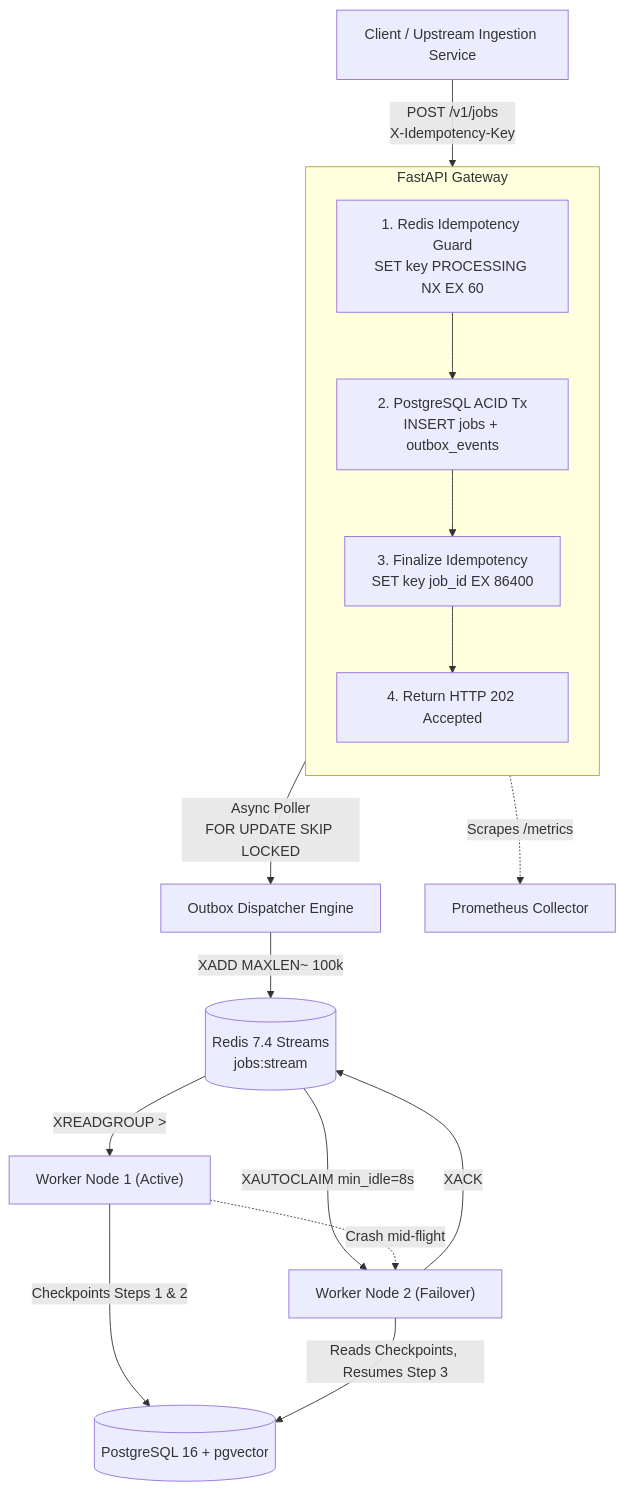
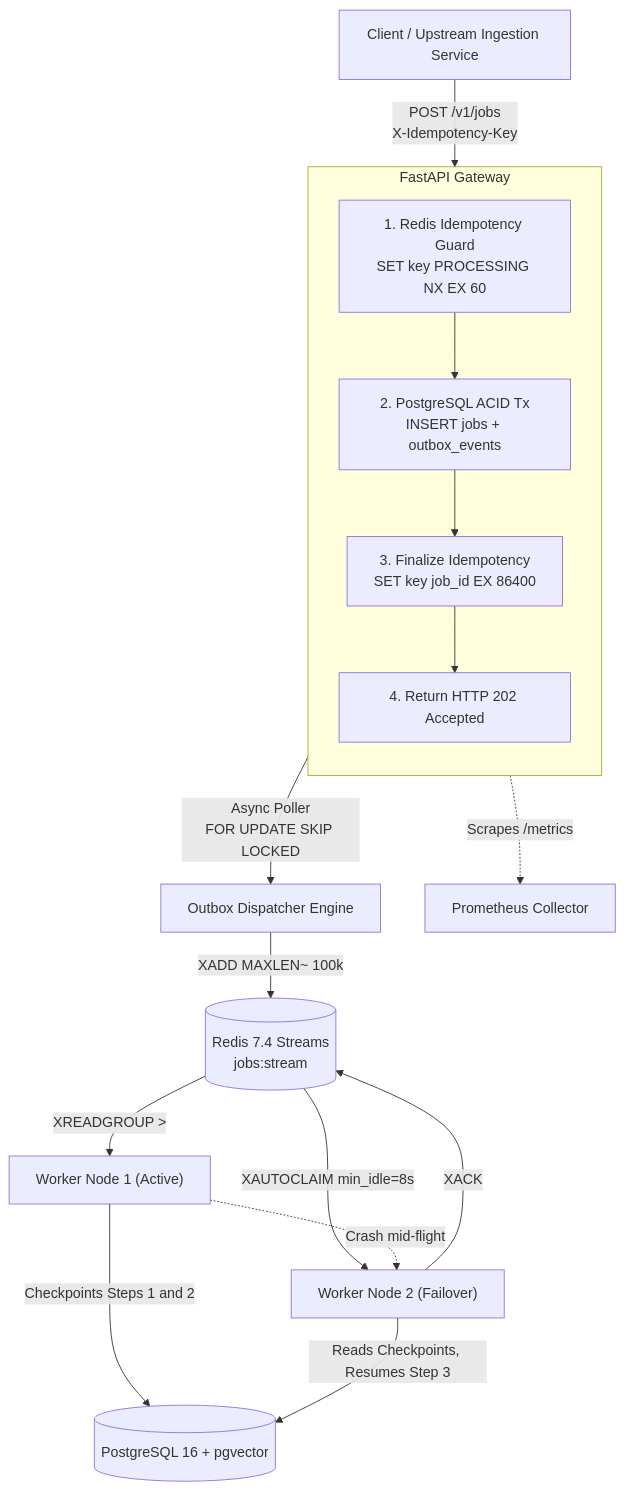
Before and after one commit to Vipash/genai-execution-engine: the first of 2 diagrams in README.md, drawn with Mermaid. The commit also changed other lines of this file, not shown here.

````diff
--- a/README.md
+++ b/README.md
@@ -48,23 +46,23 @@
 ```mermaid
 flowchart TD
     Client["Client / Upstream Ingestion Service"] -->|POST /v1/jobs<br/>X-Idempotency-Key| Gateway
 
     subgraph Gateway["FastAPI Gateway"]
         direction TB
         G1["1. Redis Idempotency Guard<br/>SET key PROCESSING NX EX 60"] --> G2["2. PostgreSQL ACID Tx<br/>INSERT jobs + outbox_events"]
         G2 --> G3["3. Finalize Idempotency<br/>SET key job_id EX 86400"]
         G3 --> G4["4. Return HTTP 202 Accepted"]
     end
 
     Gateway -->|Async Poller<br/>FOR UPDATE SKIP LOCKED| Dispatcher["Outbox Dispatcher Engine"]
     Dispatcher -->|XADD MAXLEN~ 100k| Stream[("Redis 7.4 Streams<br/>jobs:stream")]
 
     Stream -->|XREADGROUP >| Worker1["Worker Node 1 (Active)"]
     Stream -->|XAUTOCLAIM min_idle=8s| Worker2["Worker Node 2 (Failover)"]
 
     Worker1 -.->|Crash mid-flight| Worker2
-    Worker1 -->|Checkpoints Steps 1 & 2| PG[("PostgreSQL 16 + pgvector")]
+    Worker1 -->|Checkpoints Steps 1 and 2| PG[("PostgreSQL 16 + pgvector")]
     Worker2 -->|Reads Checkpoints, Resumes Step 3| PG
     Worker2 -->|XACK| Stream
     Gateway -.->|Scrapes /metrics| Prometheus["Prometheus Collector"]
 ```
````
